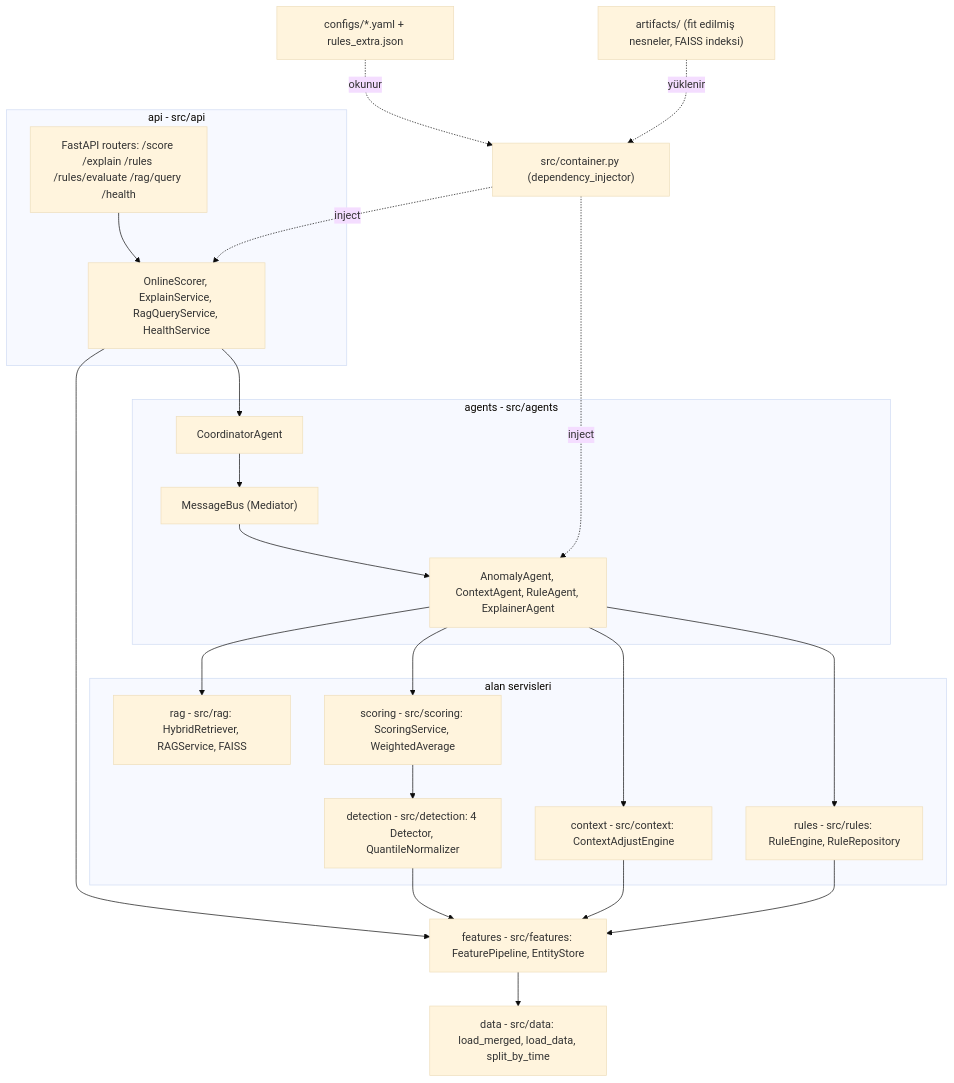
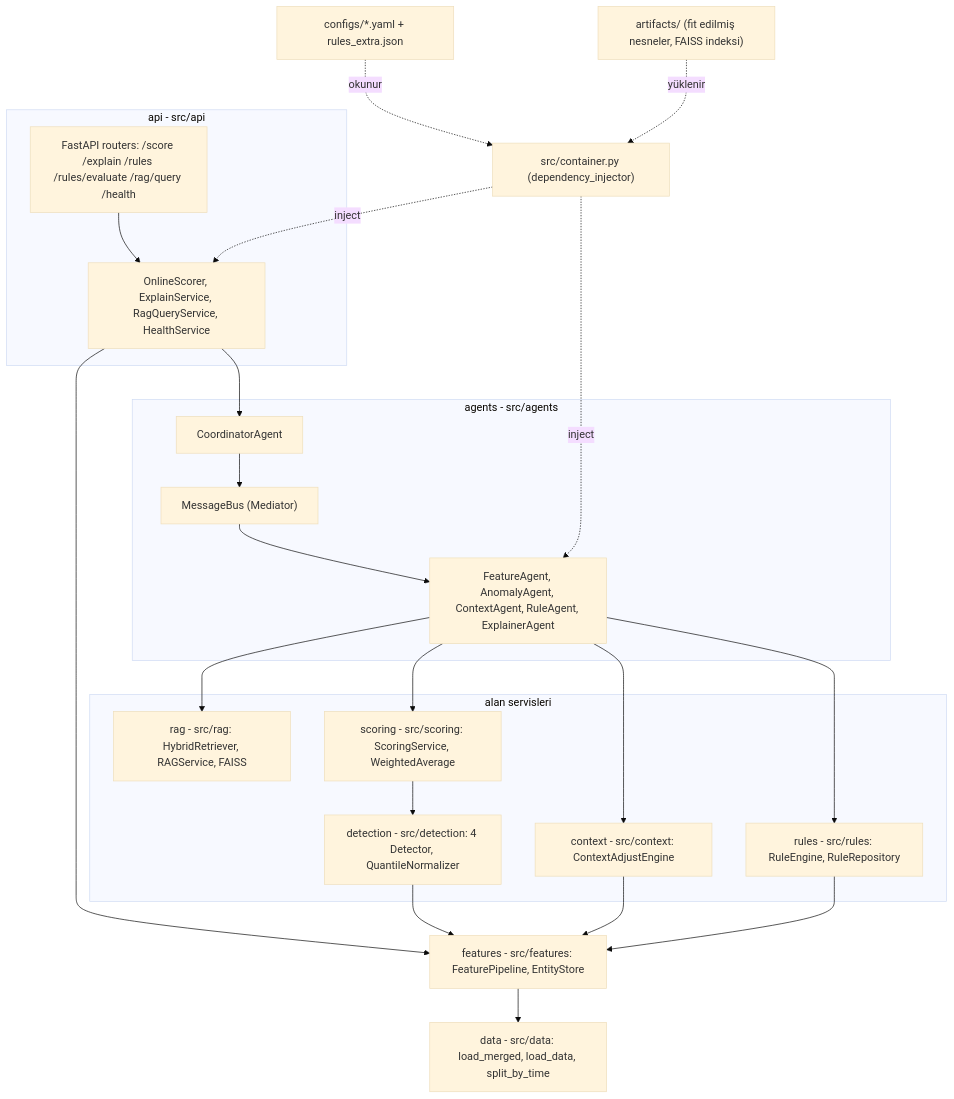
One commit to rumeysskara/fraud-anomaly-platform changed the first of 3 diagrams in docs/technical_doc.md. Above: the diagram before and after it, drawn with Mermaid (base theme). The commit also changed other lines of this file and 39 other files, not shown here.

First line of the commit message:
feat: FeatureAgent delegation, fraud policy KB doc, outlier csv, user feature mapping (K-52..K-54)

````diff
--- a/docs/technical_doc.md
+++ b/docs/technical_doc.md
@@ -72,43 +72,43 @@
 ```mermaid
 flowchart TB
     subgraph API["api - src/api"]
         RT["FastAPI routers: /score /explain /rules /rules/evaluate /rag/query /health"]
         SVC["OnlineScorer, ExplainService, RagQueryService, HealthService"]
     end
     subgraph AG["agents - src/agents"]
         CO["CoordinatorAgent"]
         BUS["MessageBus (Mediator)"]
-        WA["AnomalyAgent, ContextAgent, RuleAgent, ExplainerAgent"]
+        WA["FeatureAgent, AnomalyAgent, ContextAgent, RuleAgent, ExplainerAgent"]
     end
     subgraph DOM["alan servisleri"]
         RAG["rag - src/rag: HybridRetriever, RAGService, FAISS"]
         RUL["rules - src/rules: RuleEngine, RuleRepository"]
         CTX["context - src/context: ContextAdjustEngine"]
         SCO["scoring - src/scoring: ScoringService, WeightedAverage"]
         DET["detection - src/detection: 4 Detector, QuantileNormalizer"]
     end
     FEA["features - src/features: FeaturePipeline, EntityStore"]
     DAT["data - src/data: load_merged, load_data, split_by_time"]
     DI["src/container.py (dependency_injector)"]
     CFG["configs/*.yaml + rules_extra.json"]
     ART["artifacts/ (fit edilmiş nesneler, FAISS indeksi)"]
 
     RT --> SVC
     SVC --> CO
     SVC --> FEA
     CO --> BUS
     BUS --> WA
     WA --> RAG
     WA --> RUL
     WA --> CTX
     WA --> SCO
     SCO --> DET
     DET --> FEA
     CTX --> FEA
     RUL --> FEA
     FEA --> DAT
     DI -. inject .-> SVC
     DI -. inject .-> WA
     CFG -. okunur .-> DI
     ART -. yüklenir .-> DI
 ```
````
